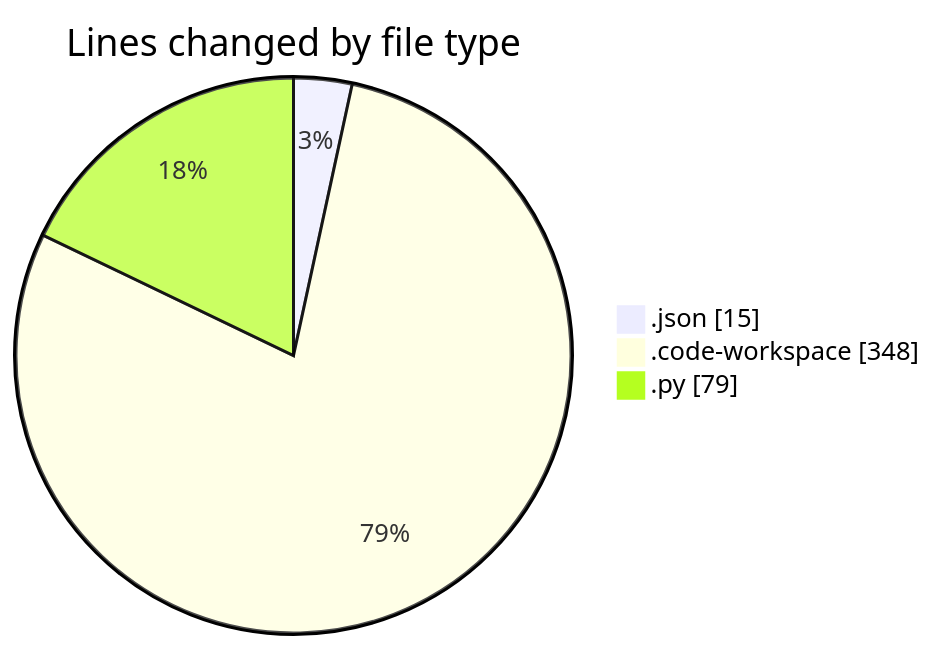
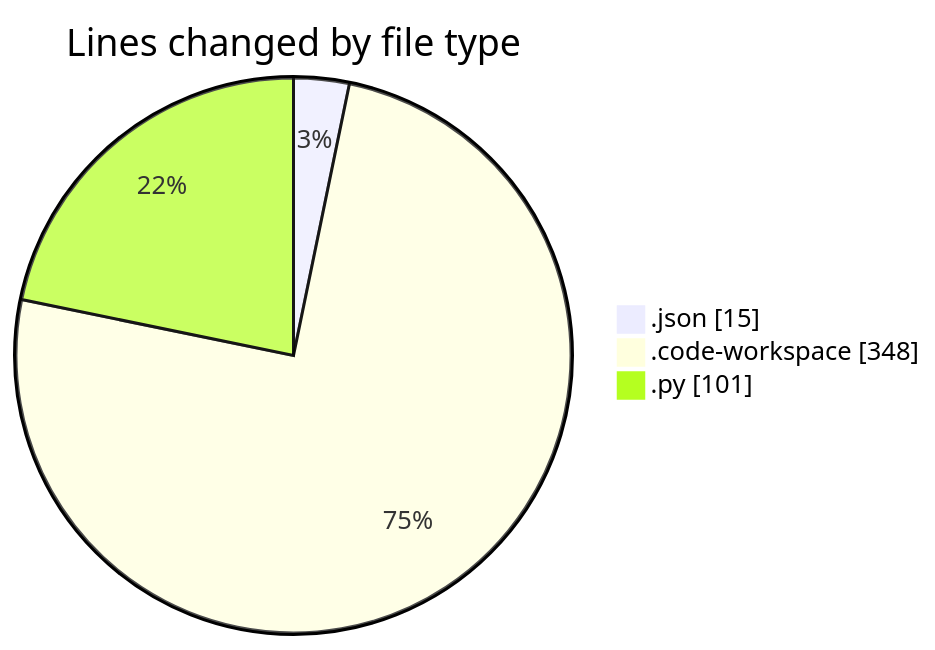
Before and after one commit to MatusMokan/code-tracking: the first of 2 diagrams in 2025-02-25/myws__workspace_/README.md, drawn with Mermaid. The commit also changed other lines of this file and 1 other file, not shown here.

````diff
--- a/2025-02-25/myws__workspace_/README.md
+++ b/2025-02-25/myws__workspace_/README.md
@@ -22,7 +22,7 @@
 ```mermaid
 pie showData
 title Lines changed by file type
 ".json" : 15
 ".code-workspace" : 348
-".py" : 79
+".py" : 101
 ```
````
